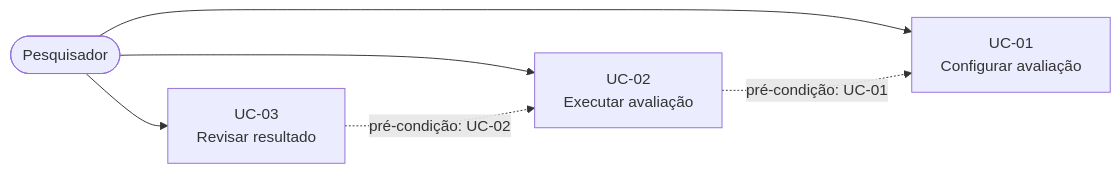
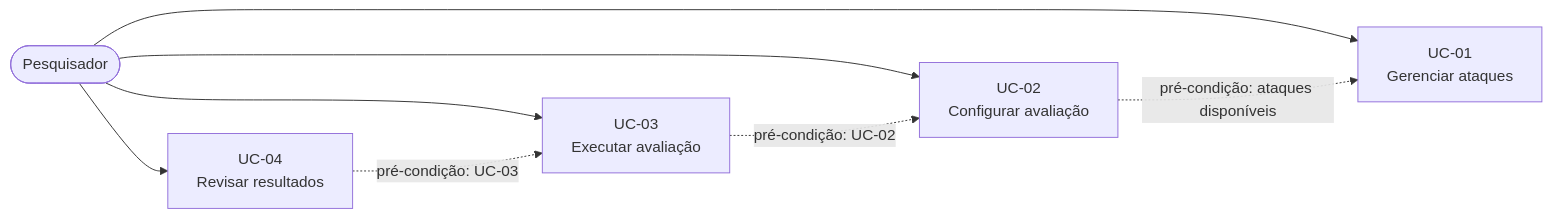
The diagram in docs/4-casos-de-uso.md (onhoudini/SI), drawn with Mermaid before and after one commit. The commit also changed other lines of this file, not shown here.

Commit message:
Atualiza a documentação dos Casos de Uso, reorganizando seções, aprimorando a descrição dos objetivos e fluxos, e adicionando novos casos de uso para gerenciamento e revisão de resultados.

````diff
--- a/docs/4-casos-de-uso.md
+++ b/docs/4-casos-de-uso.md
@@ -9,8 +11,18 @@
 ```mermaid
 flowchart LR
-    Pesquisador([Pesquisador]) --> UC01[UC-01<br>Configurar avaliação]
-    Pesquisador --> UC02[UC-02<br>Executar avaliação]
-    Pesquisador --> UC03[UC-03<br>Revisar resultado]
-    UC02 -.->|pré-condição: UC-01| UC01
+    Pesquisador([Pesquisador])
+
+    UC01[UC-01<br>Gerenciar ataques]
+    UC02[UC-02<br>Configurar avaliação]
+    UC03[UC-03<br>Executar avaliação]
+    UC04[UC-04<br>Revisar resultados]
+
+    Pesquisador --> UC01
+    Pesquisador --> UC02
+    Pesquisador --> UC03
+    Pesquisador --> UC04
+
+    UC02 -.->|pré-condição: ataques disponíveis| UC01
     UC03 -.->|pré-condição: UC-02| UC02
+    UC04 -.->|pré-condição: UC-03| UC03
 ```
````
